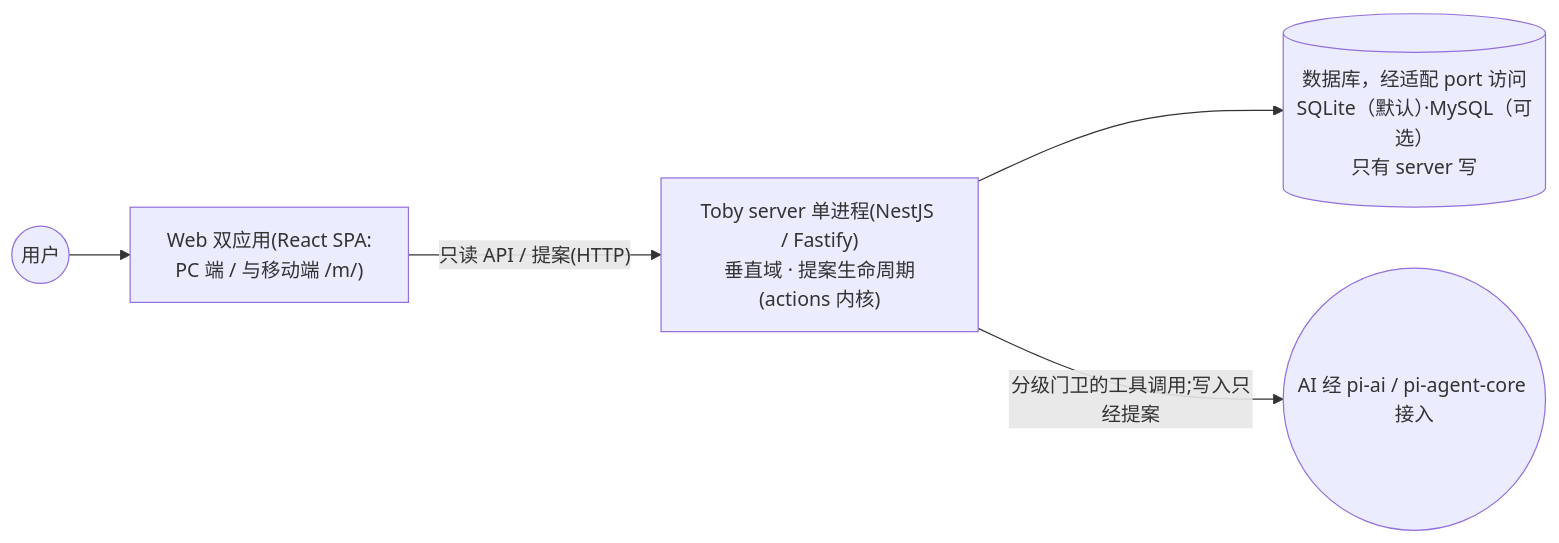
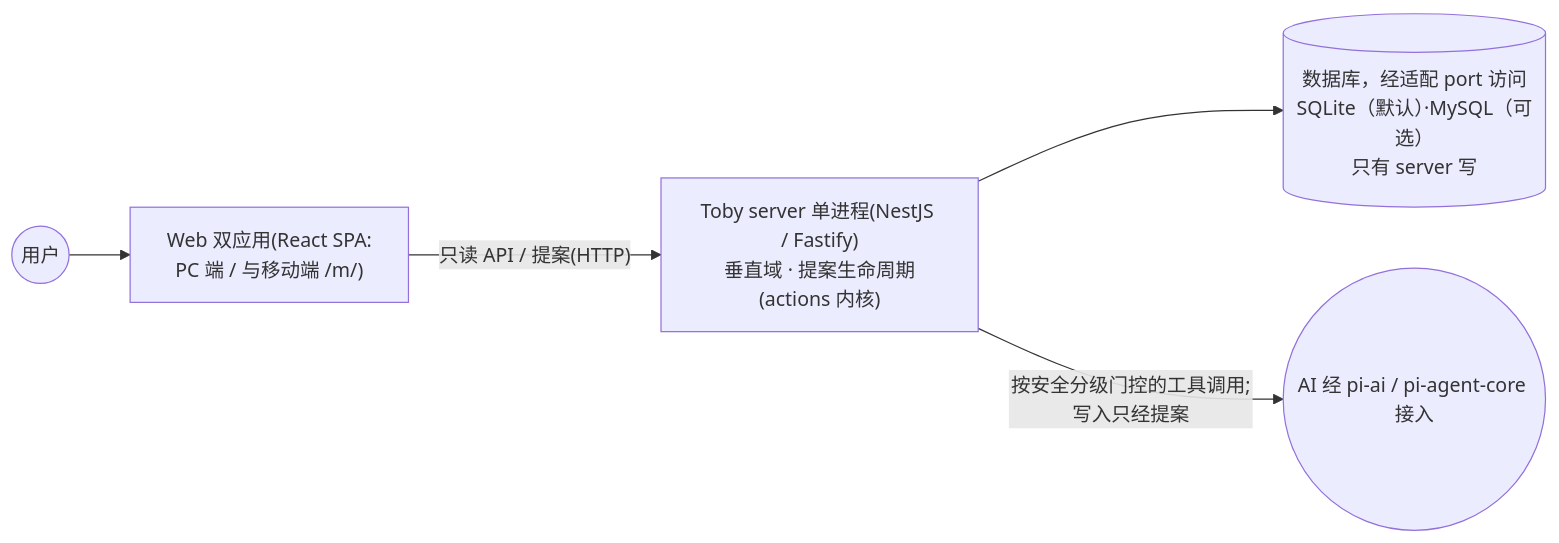
The first of 3 diagrams in docs/system-overview.zh.md (dengyusys/toby), drawn with Mermaid before and after one commit. The commit also changed other lines of this file and 12 other files, not shown here.

````diff
--- a/docs/system-overview.zh.md
+++ b/docs/system-overview.zh.md
@@ -23,7 +23,7 @@
 ```mermaid
 flowchart LR
     U(("用户")) --> W["Web 双应用(React SPA:<br/>PC 端 / 与移动端 /m/)"]
     W -->|"只读 API / 提案(HTTP)"| S["Toby server 单进程(NestJS / Fastify)<br/>垂直域 · 提案生命周期(actions 内核)"]
     S --> DB[("数据库，经适配 port 访问<br/>SQLite（默认）·MySQL（可选）<br/>只有 server 写")]
-    S -->|"分级门卫的工具调用;写入只经提案"| AI(("AI 经 pi-ai / pi-agent-core 接入"))
+    S -->|"按安全分级门控的工具调用;写入只经提案"| AI(("AI 经 pi-ai / pi-agent-core 接入"))
 ```
````
